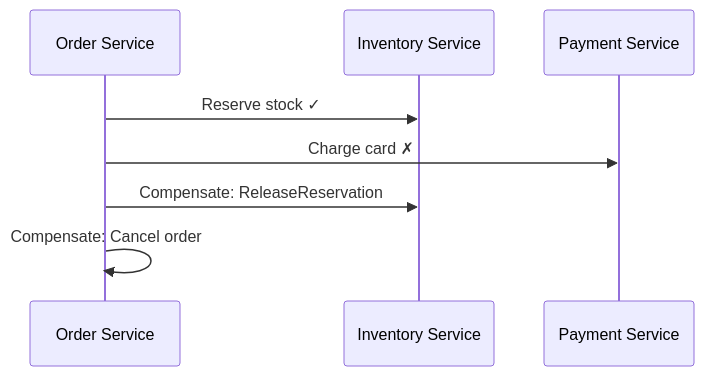
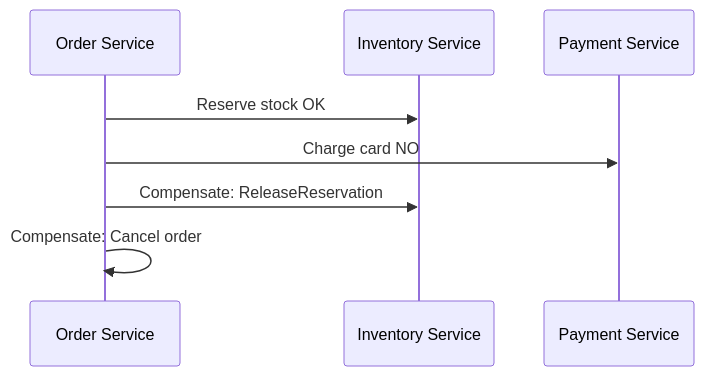
Diagram 22 of 27 in 08-microservices/README.md (hareramcse/SystemDesign), drawn with Mermaid before and after one commit. The commit also changed other lines of this file and 14 other files, not shown here.

````diff
--- a/08-microservices/README.md
+++ b/08-microservices/README.md
@@ -1257,11 +1257,11 @@
 ```mermaid
 sequenceDiagram
     participant O as Order Service
     participant I as Inventory Service
     participant P as Payment Service
 
-    O->>I: Reserve stock ✓
-    O->>P: Charge card ✗
+    O->>I: Reserve stock OK
+    O->>P: Charge card NO
     O->>I: Compensate: ReleaseReservation
     O->>O: Compensate: Cancel order
 ```
````
